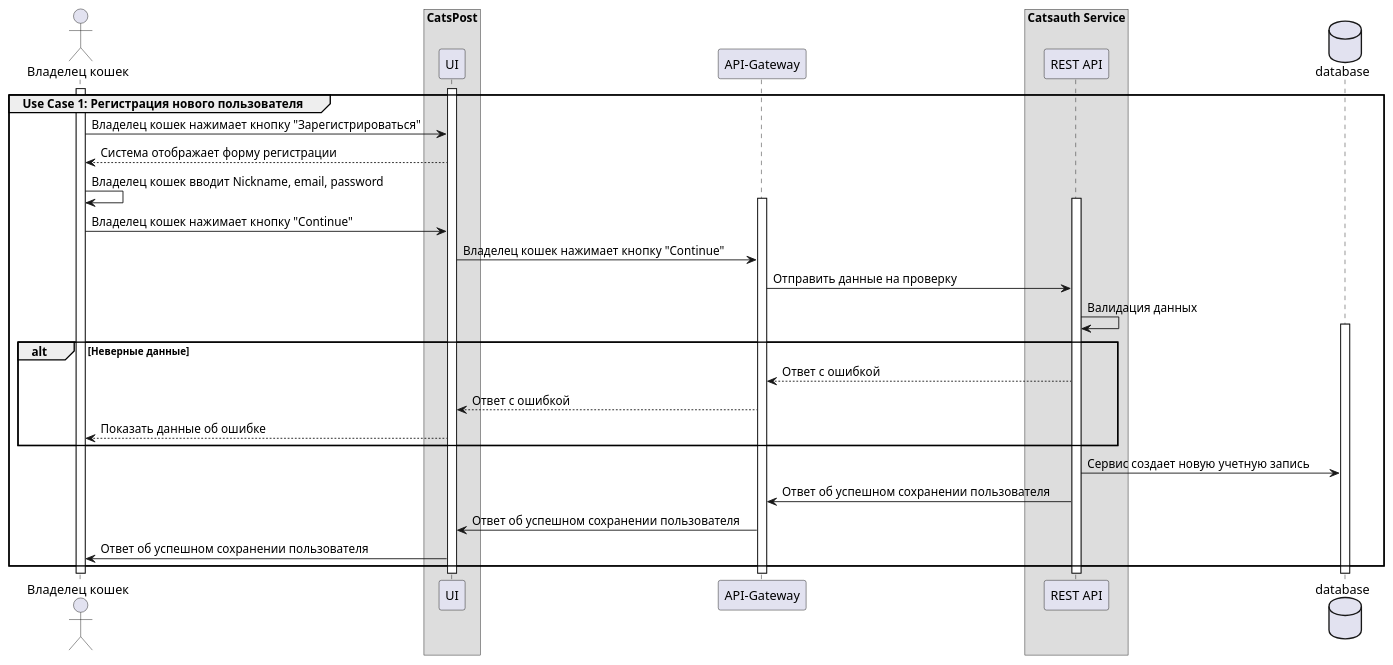
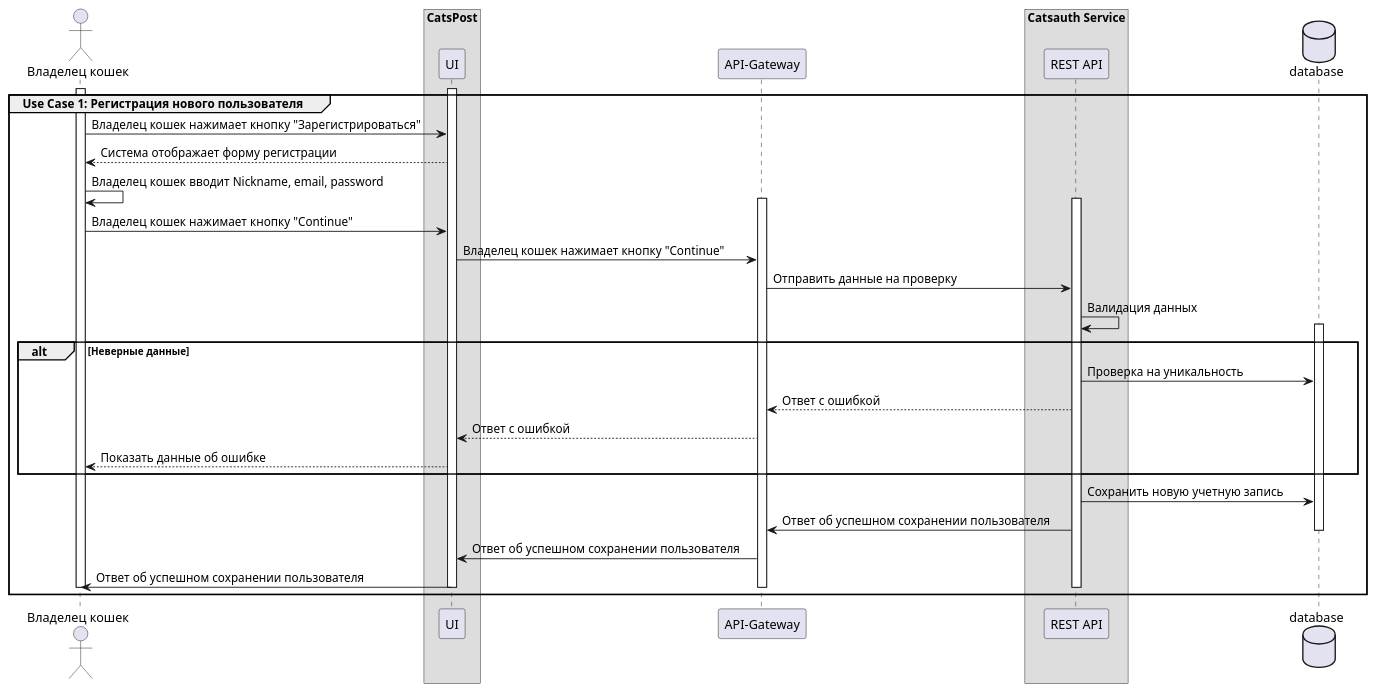
Before and after one commit to nikitcat/requirements.github.io: the diagram in src/docs/asciidoc/uml/seq_diaqrams/sign.puml, drawn with PlantUML. The commit also changed 4 other files, not shown here.

```diff
--- a/src/docs/asciidoc/uml/seq_diaqrams/sign.puml
+++ b/src/docs/asciidoc/uml/seq_diaqrams/sign.puml
@@ -1,37 +1,43 @@
 @startuml
 actor "Владелец кошек" as User
 box "CatsPost"
     participant "UI" as UI
 end box
 participant "API-Gateway" as Gateway
 box "Catsauth Service"
 participant "REST API" as REST
 end box
 database "database" as db
 
 
 
 group Use Case 1: Регистрация нового пользователя
 activate User
 activate UI
 User -> UI: Владелец кошек нажимает кнопку "Зарегистрироваться"
 User <-- UI: Система отображает форму регистрации
 User -> User: Владелец кошек вводит Nickname, email, password
 activate Gateway
 activate REST
 User -> UI: Владелец кошек нажимает кнопку "Continue"
 UI -> Gateway: Владелец кошек нажимает кнопку "Continue"
 Gateway -> REST: Отправить данные на проверку
 REST -> REST: Валидация данных
+alt Неверные данные
 activate db
-alt Неверные данные
+REST -> db: Проверка на уникальность
 REST --> Gateway: Ответ с ошибкой
 Gateway --> UI: Ответ с ошибкой
 UI --> User: Показать данные об ошибке
 end
-REST -> db: Сервис создает новую учетную запись
+REST -> db: Сохранить новую учетную запись
 REST -> Gateway: Ответ об успешном сохранении пользователя
+deactivate db
 Gateway -> UI: Ответ об успешном сохранении пользователя
 UI -> User: Ответ об успешном сохранении пользователя
+deactivate User
+deactivate UI
+deactivate Gateway
+deactivate REST
 end group
 @enduml
```
